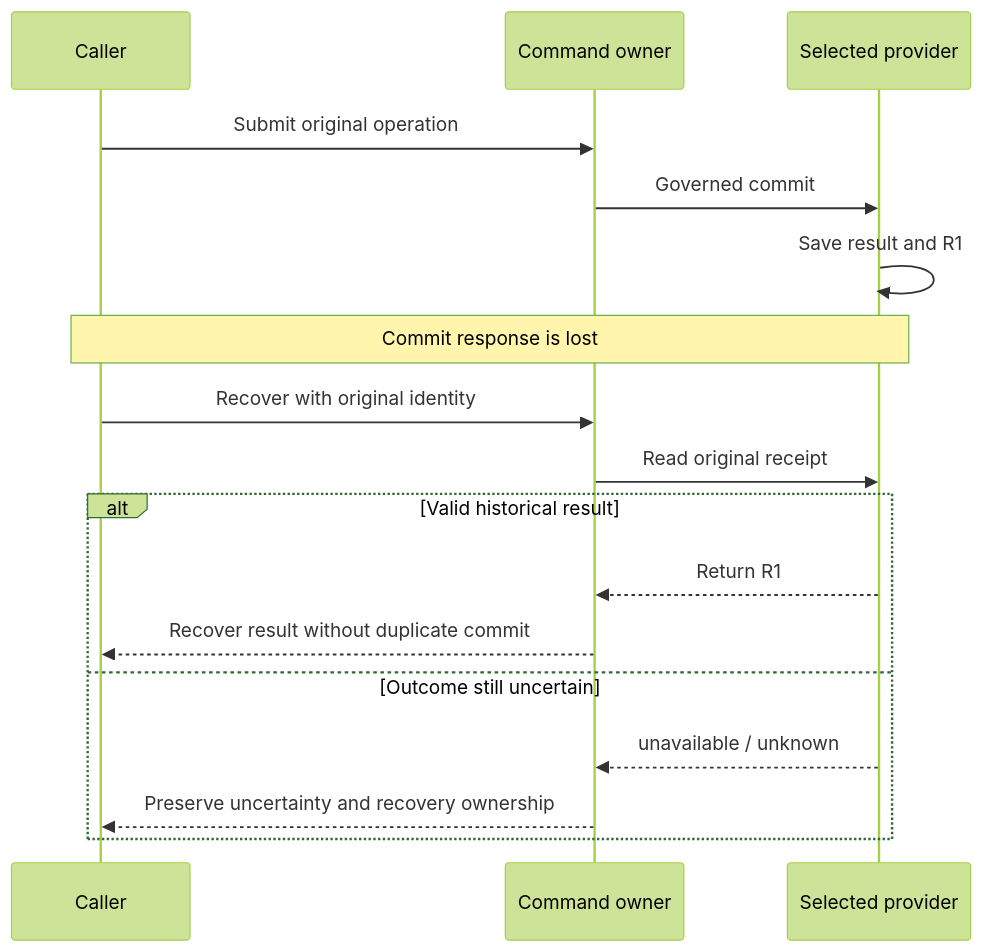
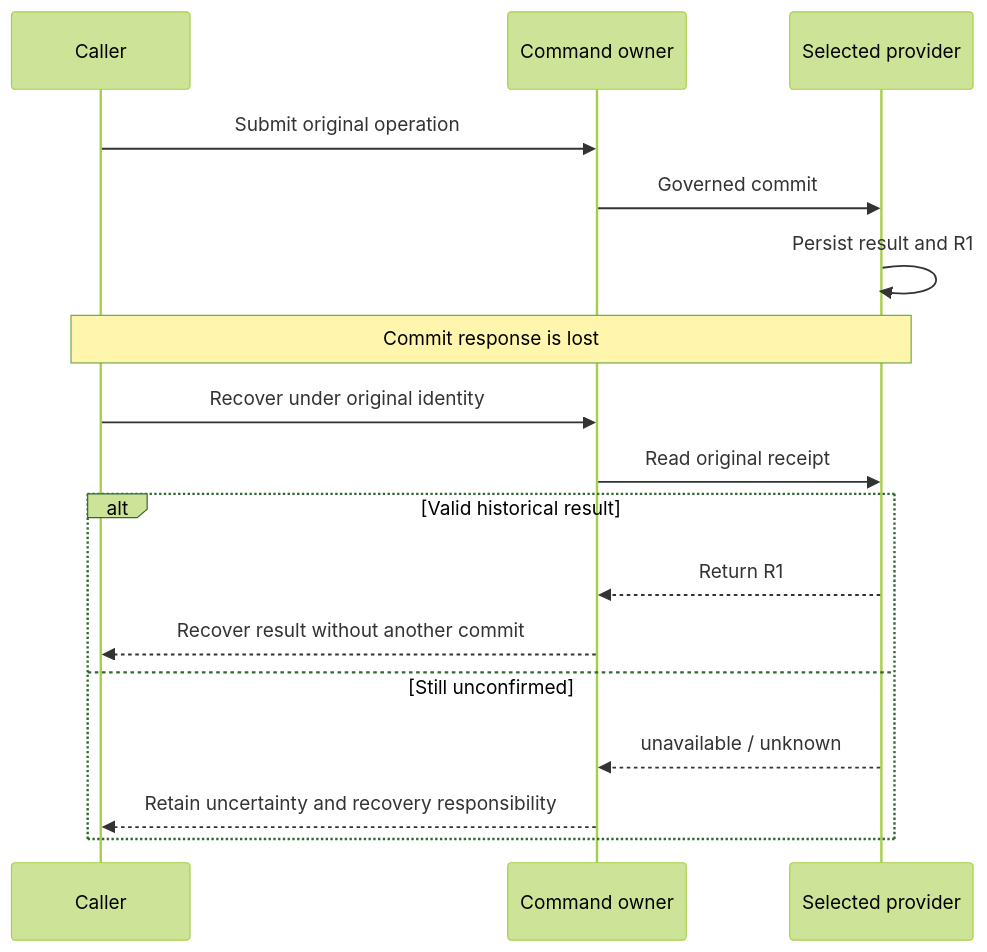
One commit to AronSwan/loopx changed the diagram in docs/book/en/chapters/04-runtime-boundaries.md. Above: the diagram before and after it, drawn with Mermaid (forest theme). The commit also changed other lines of this file and 16 other files, not shown here.

````diff
--- a/docs/book/en/chapters/04-runtime-boundaries.md
+++ b/docs/book/en/chapters/04-runtime-boundaries.md
@@ -91,19 +11,19 @@
 ```mermaid
 sequenceDiagram
     participant C as Caller
     participant O as Command owner
     participant P as Selected provider
     C->>O: Submit original operation
     O->>P: Governed commit
-    P->>P: Save result and R1
+    P->>P: Persist result and R1
     Note over C,P: Commit response is lost
-    C->>O: Recover with original identity
+    C->>O: Recover under original identity
     O->>P: Read original receipt
     alt Valid historical result
         P-->>O: Return R1
-        O-->>C: Recover result without duplicate commit
-    else Outcome still uncertain
+        O-->>C: Recover result without another commit
+    else Still unconfirmed
         P-->>O: unavailable / unknown
-        O-->>C: Preserve uncertainty and recovery ownership
+        O-->>C: Retain uncertainty and recovery responsibility
     end
 ```
````
